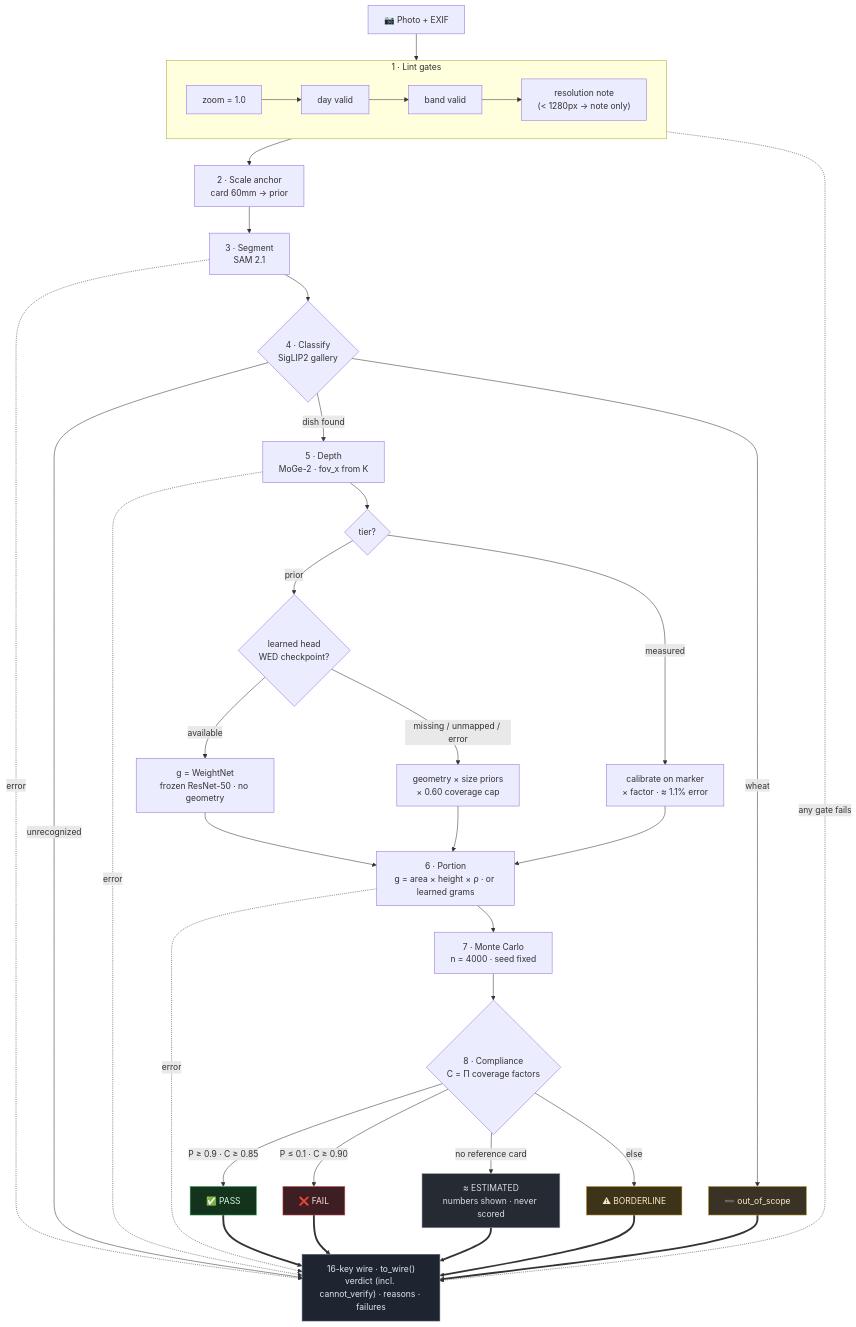
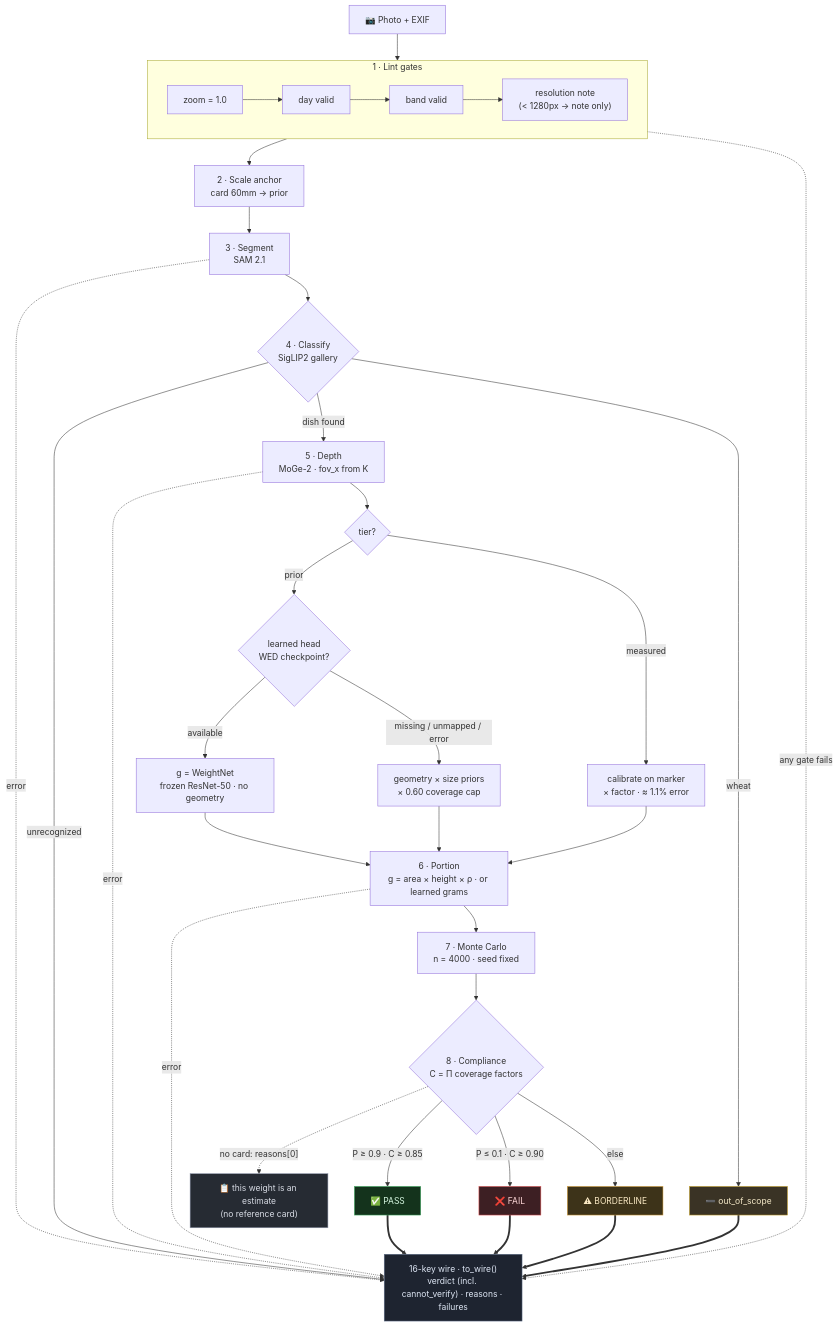
Before and after one commit to Lion4467cat/NutriSense: the diagram in README.md, drawn with Mermaid. The commit also changed other lines of this file and 23 other files, not shown here.

Commit message:
Graduate no-card plates: scored verdicts with a leading no-reference-card estimate disclaimer (coverage estimated_weight 0.90 vs geometry 0.60), digest 7d3431caec4b (ADR 0002 amendment)

````diff
--- a/README.md
+++ b/README.md
@@ -36,57 +36,56 @@
 ```mermaid
 flowchart TD
     IMG["📷 Photo + EXIF"] --> L1
 
     subgraph LINT["1 · Lint gates"]
         direction LR
         L1["zoom = 1.0"] --> L2["day valid"] --> L3["band valid"] --> L4["resolution note<br/>(< 1280px → note only)"]
     end
 
     LINT -.->|"any gate fails"| WIRE
     L4 --> A["2 · Scale anchor<br/>card 60mm → prior"]
 
     A --> SEG["3 · Segment<br/>SAM 2.1"]
     SEG -.->|error| WIRE
     SEG --> CLS{"4 · Classify<br/>SigLIP2 gallery"}
 
     CLS -->|"unrecognized"| WIRE
     CLS -->|wheat| OOS["➖ out_of_scope"]
     CLS -->|"dish found"| DEPTH["5 · Depth<br/>MoGe-2 · fov_x from K"]
 
     DEPTH -.->|error| WIRE
     DEPTH --> TIER{"tier?"}
     TIER -->|measured| CAL["calibrate on marker<br/>× factor · ≈ 1.1% error"]
     TIER -->|prior| HEAD{"learned head<br/>WED checkpoint?"}
     HEAD -->|available| LEARN["g = WeightNet<br/>frozen ResNet-50 · no geometry"]
     HEAD -->|missing / unmapped / error| NOCAL["geometry × size priors<br/>× 0.60 coverage cap"]
     LEARN --> PORT
     NOCAL --> PORT
     CAL --> PORT["6 · Portion<br/>g = area × height × ρ · or learned grams"]
     PORT -.->|error| WIRE
     PORT --> MC["7 · Monte Carlo<br/>n = 4000 · seed fixed"]
 
     MC --> VER{"8 · Compliance<br/>C = Π coverage factors"}
     VER -->|"P ≥ 0.9 · C ≥ 0.85"| PASS["✅ PASS"]
     VER -->|"P ≤ 0.1 · C ≥ 0.90"| FAIL["❌ FAIL"]
-    VER -->|no reference card| EST["≈ ESTIMATED<br/>numbers shown · never scored"]
     VER -->|else| BORD["⚠ BORDERLINE"]
+    VER -.->|"no card: reasons[0]"| DISC["📋 this weight is an estimate<br/>(no reference card)"]
 
     PASS ==> WIRE["16-key wire · to_wire()<br/>verdict (incl. cannot_verify) · reasons · failures"]
     FAIL ==> WIRE
-    EST ==> WIRE
     BORD ==> WIRE
     OOS ==> WIRE
 
     classDef err fill:#3d1f23,stroke:#e05252,color:#ffd9d9
     classDef oos fill:#3a3325,stroke:#c9a227,color:#f5e9c8
     classDef ok fill:#14331c,stroke:#3fae62,color:#d4f5df
     classDef warn fill:#3d3319,stroke:#d9a13a,color:#fae9c4
     classDef wire fill:#1e2430,stroke:#5b6b85,color:#dfe7f5
     classDef neutral fill:#262b33,stroke:#8b93a7,color:#d7dbe4
     class OOS oos
     class PASS ok
     class FAIL err
     class BORD warn
-    class EST neutral
+    class DISC neutral
     class WIRE wire
 ```
````
